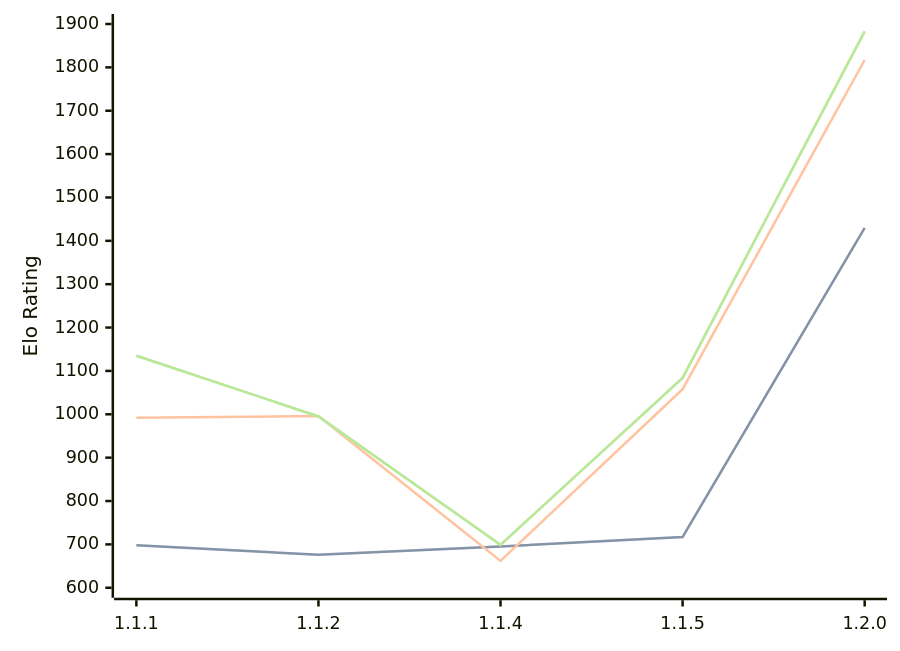
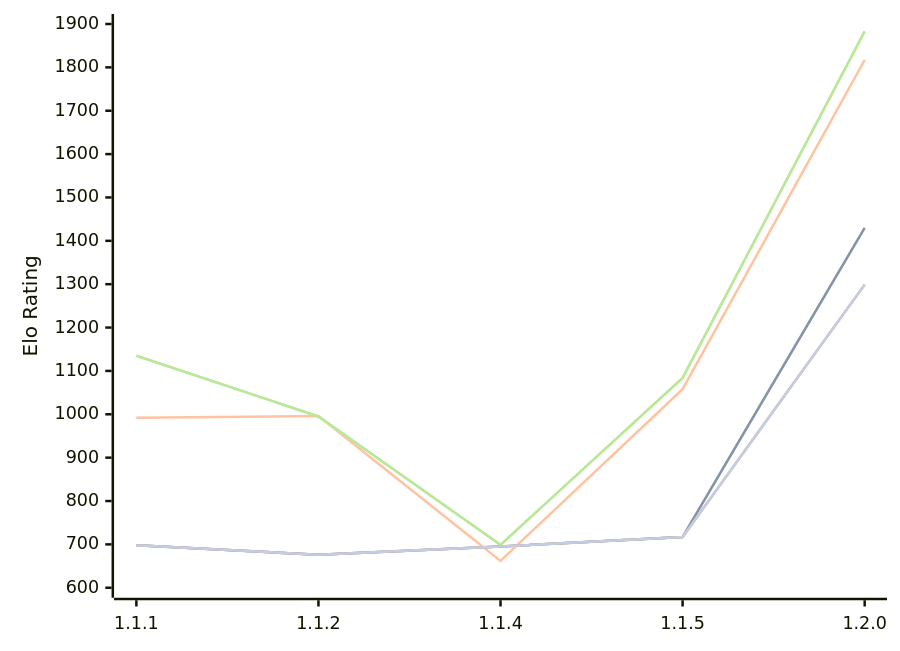
The diagram in engines/ChessCore.md (computer-chess-index/cci), drawn with Mermaid before and after one commit. The commit also changed other lines of this file, not shown here.

Commit message:
Update CCI Ratings (ELO VLTC) - 2026-10-11

````diff
--- a/engines/ChessCore.md
+++ b/engines/ChessCore.md
@@ -51,16 +51,13 @@
 ```mermaid
 %%{init: {"theme":"base","themeVariables":{"seriesColors:['#a3a3a3','#222221','#faa371']}}}%%
 xychart-beta
   x-axis ["1.1.1", "1.1.2", "1.1.4", "1.1.5", "1.2.0"]
   y-axis "Elo Rating" 600 --> 1900
   line "" [698, 676, 695, 717, 1430]
   line "T1: STC (8.0+0.08s)" [698, 676, 695, 717, 1430]
   line "T1: LTC (60.0+0.60s)" [992, 996, 662, 1058, 1817]
   line "" [1135, 995, 699, 1084, 1883]
   line "T1: VLTC (2m24s+1.12s)" [1135, 995, 699, 1084, 1883]
-  line "" [1292]
-  line "E1: STC (8.0+0.08s)" [1292]
-  line "E1: LTC (60.0+0.60s)" [1661]
-  line "" [1779]
-  line "E1: VLTC (2m24s+1.12s)" [1779]
+  line "" [698, 676, 695, 717,1299]
+  line "E1: STC (8.0+0.08s)" [698, 676, 695, 717,1299]
 ```
````
